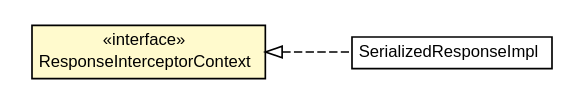
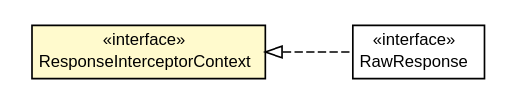
Before and after one commit to reinert/requestor: the diagram in latest/javadoc/apidocs/io/reinert/requestor/ResponseInterceptorContext.dot, drawn with Graphviz. The commit also changed 535 other files, not shown here.

```diff
--- a/latest/javadoc/apidocs/io/reinert/requestor/ResponseInterceptorContext.dot
+++ b/latest/javadoc/apidocs/io/reinert/requestor/ResponseInterceptorContext.dot
@@ -1,28 +1,29 @@
 #!/usr/local/bin/dot
 #
 # Class diagram 
 # Generated by UMLGraph version R5_6-24-gf6e263 (http://www.umlgraph.org/)
 #
 
 digraph G {
 	edge [fontname="arial",fontsize=10,labelfontname="arial",labelfontsize=10];
 	node [fontname="arial",fontsize=10,shape=plaintext];
 	nodesep=0.25;
 	ranksep=0.5;
 	rankdir=LR;
-	// io.reinert.requestor.SerializedResponseImpl
-	c10724 [label=<<table title="io.reinert.requestor.SerializedResponseImpl" border="0" cellborder="1" cellspacing="0" cellpadding="2" port="p" href="./SerializedResponseImpl.html">
-		<tr><td><table border="0" cellspacing="0" cellpadding="1">
-<tr><td align="center" balign="center"> SerializedResponseImpl </td></tr>
-		</table></td></tr>
-		</table>>, URL="./SerializedResponseImpl.html", fontname="arial", fontcolor="black", fontsize=10.0];
 	// io.reinert.requestor.ResponseInterceptorContext
-	c10730 [label=<<table title="io.reinert.requestor.ResponseInterceptorContext" border="0" cellborder="1" cellspacing="0" cellpadding="2" port="p" bgcolor="lemonChiffon" href="./ResponseInterceptorContext.html">
+	c13126 [label=<<table title="io.reinert.requestor.ResponseInterceptorContext" border="0" cellborder="1" cellspacing="0" cellpadding="2" port="p" bgcolor="lemonChiffon" href="./ResponseInterceptorContext.html">
 		<tr><td><table border="0" cellspacing="0" cellpadding="1">
 <tr><td align="center" balign="center"> &#171;interface&#187; </td></tr>
 <tr><td align="center" balign="center"> ResponseInterceptorContext </td></tr>
 		</table></td></tr>
 		</table>>, URL="./ResponseInterceptorContext.html", fontname="arial", fontcolor="black", fontsize=10.0];
-	//io.reinert.requestor.SerializedResponseImpl implements io.reinert.requestor.ResponseInterceptorContext
-	c10730:p -> c10724:p [dir=back,arrowtail=empty,style=dashed];
+	// io.reinert.requestor.RawResponse
+	c13155 [label=<<table title="io.reinert.requestor.RawResponse" border="0" cellborder="1" cellspacing="0" cellpadding="2" port="p" href="./RawResponse.html">
+		<tr><td><table border="0" cellspacing="0" cellpadding="1">
+<tr><td align="center" balign="center"> &#171;interface&#187; </td></tr>
+<tr><td align="center" balign="center"> RawResponse </td></tr>
+		</table></td></tr>
+		</table>>, URL="./RawResponse.html", fontname="arial", fontcolor="black", fontsize=10.0];
+	//io.reinert.requestor.RawResponse implements io.reinert.requestor.ResponseInterceptorContext
+	c13126:p -> c13155:p [dir=back,arrowtail=empty,style=dashed];
 }
```
